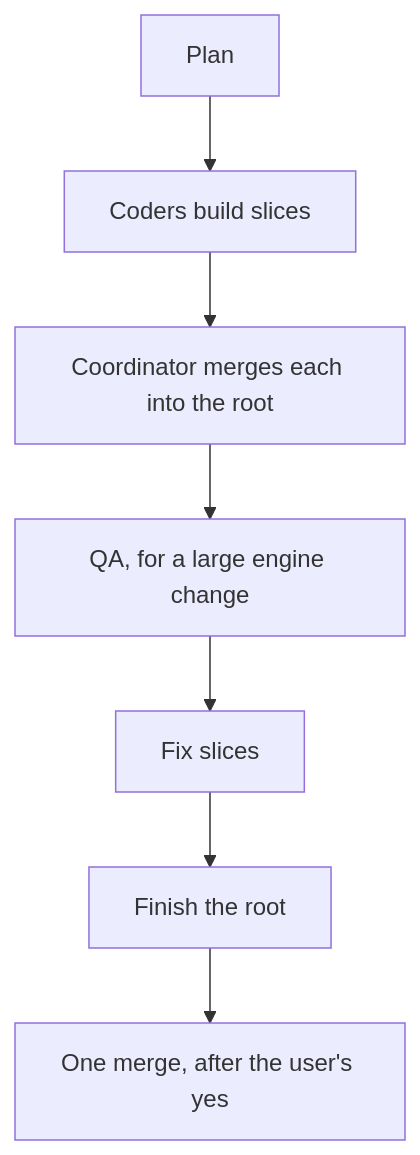
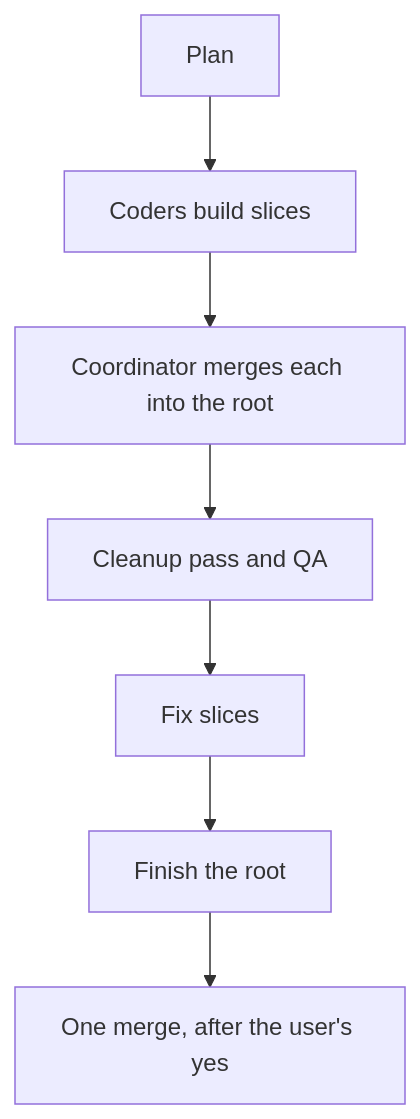
Before and after one commit to Konfus-org/Magic: the diagram in docs/skills/parallelize/SKILL.md, drawn with Mermaid. The commit also changed other lines of this file and 36 other files, not shown here.

First line of the commit message:
docs: plan mode and QA before every merge, one cleanup skill, and AGENTS.md as the skill map

````diff
--- a/docs/skills/parallelize/SKILL.md
+++ b/docs/skills/parallelize/SKILL.md
@@ -21,5 +22,5 @@
 ```mermaid
 flowchart TD
     Plan --> Coders[Coders build slices] --> Root[Coordinator merges each into the root]
-    Root --> QA[QA, for a large engine change] --> Fixes[Fix slices] --> Finish[Finish the root] --> Merge[One merge, after the user's yes]
+    Root --> QA[Cleanup pass and QA] --> Fixes[Fix slices] --> Finish[Finish the root] --> Merge[One merge, after the user's yes]
 ```
````
